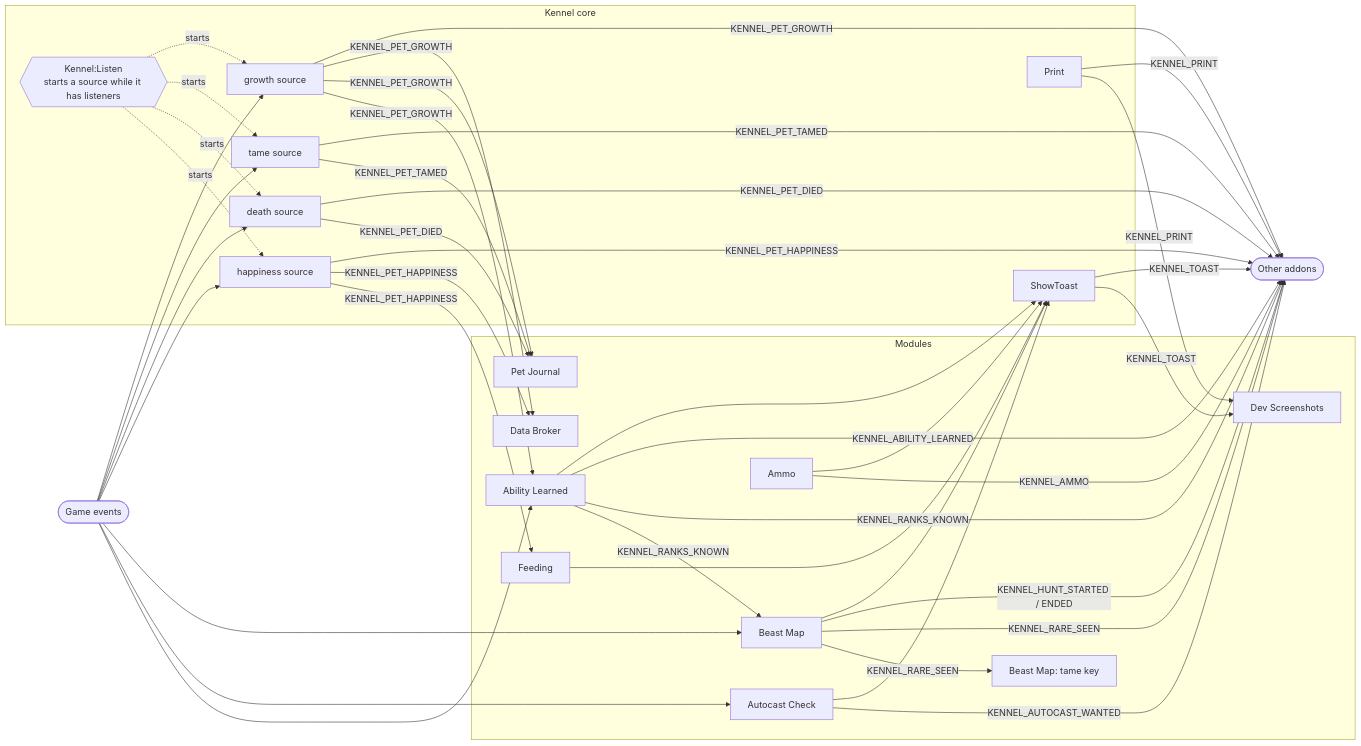
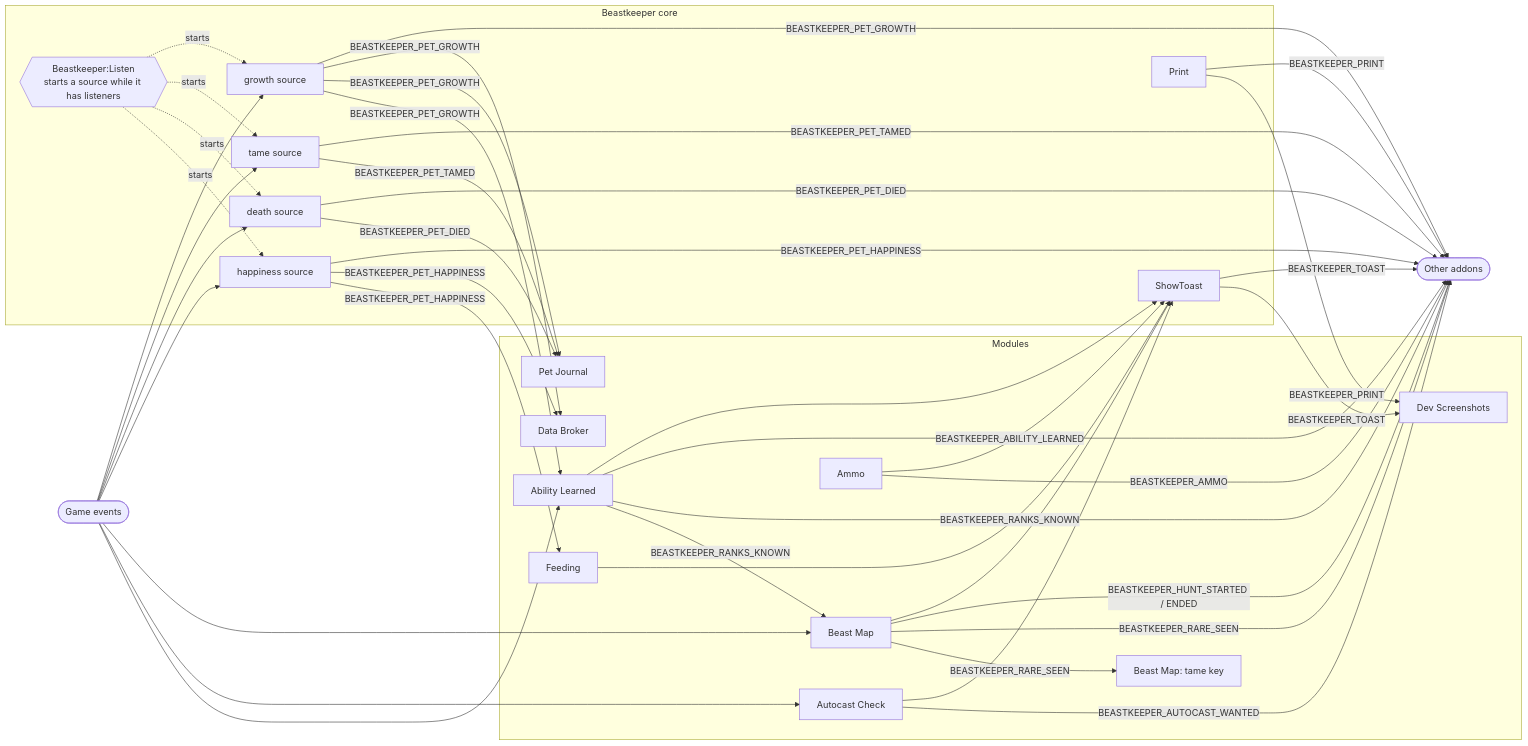
One commit to Langmans/Beastkeeper changed the diagram in docs/04-hooking.md. Above: the diagram before and after it, drawn with Mermaid. The commit also changed other lines of this file and 183 other files, not shown here.

First line of the commit message:
feat!: rename Kennel to Beastkeeper

````diff
--- a/docs/04-hooking.md
+++ b/docs/04-hooking.md
@@ -38,48 +38,48 @@
 ```mermaid
 flowchart LR
     game([Game events])
 
-    subgraph core[Kennel core]
-        listen{{"Kennel:Listen<br/>starts a source while it has listeners"}}
+    subgraph core[Beastkeeper core]
+        listen{{"Beastkeeper:Listen<br/>starts a source while it has listeners"}}
         happy[happiness source]
         died[death source]
         tamed[tame source]
         growth[growth source]
         toast[ShowToast]
         print[Print]
     end
 
     subgraph modules[Modules]
         al[Ability Learned]
         ac[Autocast Check]
         bm[Beast Map]
         fd[Feeding]
         br[Data Broker]
         pj[Pet Journal]
         tk[Beast Map: tame key]
         dev[Dev Screenshots]
         am[Ammo]
     end
 
     other([Other addons])
 
     game --> happy & died & tamed & growth
     game --> al & ac & bm
     listen -. starts .-> happy & died & tamed & growth
 
-    happy -- KENNEL_PET_HAPPINESS --> fd & br & other
-    died -- KENNEL_PET_DIED --> pj & other
-    tamed -- KENNEL_PET_TAMED --> pj & other
-    growth -- KENNEL_PET_GROWTH --> al & pj & br & other
+    happy -- BEASTKEEPER_PET_HAPPINESS --> fd & br & other
+    died -- BEASTKEEPER_PET_DIED --> pj & other
+    tamed -- BEASTKEEPER_PET_TAMED --> pj & other
+    growth -- BEASTKEEPER_PET_GROWTH --> al & pj & br & other
 
-    al -- KENNEL_RANKS_KNOWN --> bm & other
-    al -- KENNEL_ABILITY_LEARNED --> other
-    ac -- KENNEL_AUTOCAST_WANTED --> other
-    bm -- KENNEL_RARE_SEEN --> tk & other
-    bm -- KENNEL_HUNT_STARTED / ENDED --> other
-    am -- KENNEL_AMMO --> other
+    al -- BEASTKEEPER_RANKS_KNOWN --> bm & other
+    al -- BEASTKEEPER_ABILITY_LEARNED --> other
+    ac -- BEASTKEEPER_AUTOCAST_WANTED --> other
+    bm -- BEASTKEEPER_RARE_SEEN --> tk & other
+    bm -- BEASTKEEPER_HUNT_STARTED / ENDED --> other
+    am -- BEASTKEEPER_AMMO --> other
 
     al & ac & bm & fd & am --> toast
-    toast -- KENNEL_TOAST --> dev & other
-    print -- KENNEL_PRINT --> dev & other
+    toast -- BEASTKEEPER_TOAST --> dev & other
+    print -- BEASTKEEPER_PRINT --> dev & other
 ```
````
